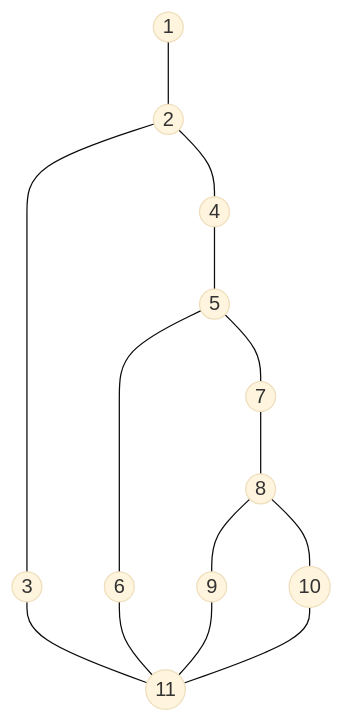
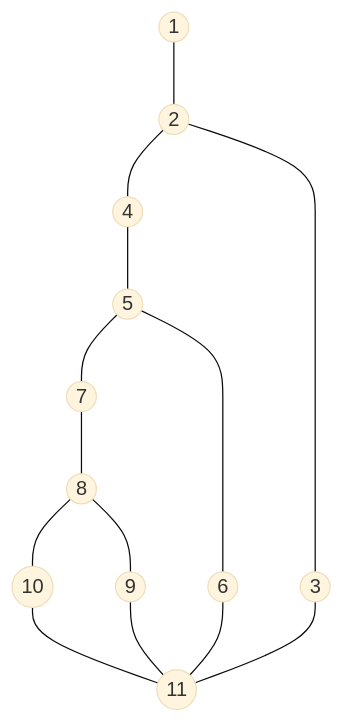
Before and after one commit to bloedige/itdb_ctf: the first of 5 diagrams in tests/docs/caja_blanca_02_adquirir_pista.md, drawn with Mermaid (base theme). The commit also changed other lines of this file and 47 other files, not shown here.

````diff
--- a/tests/docs/caja_blanca_02_adquirir_pista.md
+++ b/tests/docs/caja_blanca_02_adquirir_pista.md
@@ -31,16 +46,16 @@
 ```mermaid
 graph TD
     n1((1)) --- n2((2))
-    n2 --- n3((3))
-    n3 --- n11((11))
     n2 --- n4((4))
     n4 --- n5((5))
+    n5 --- n7((7))
+    n7 --- n8((8))
+    n8 --- n10((10))
+    n10 --- n11((11))
+    n8 --- n9((9))
+    n9 --- n11
     n5 --- n6((6))
     n6 --- n11
-    n5 --- n7((7))
-    n7 --- n8((8))
-    n8 --- n9((9))
-    n9 --- n11
-    n8 --- n10((10))
-    n10 --- n11
+    n2 --- n3((3))
+    n3 --- n11
 ```
````
